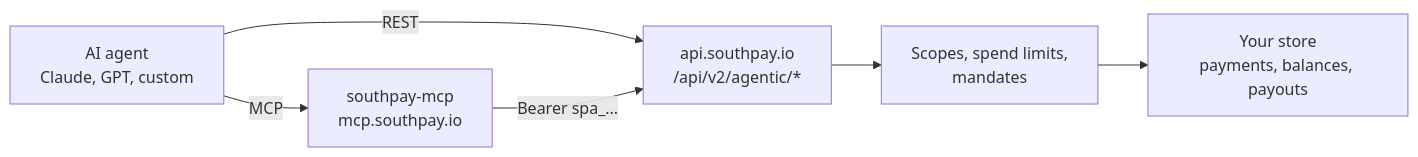
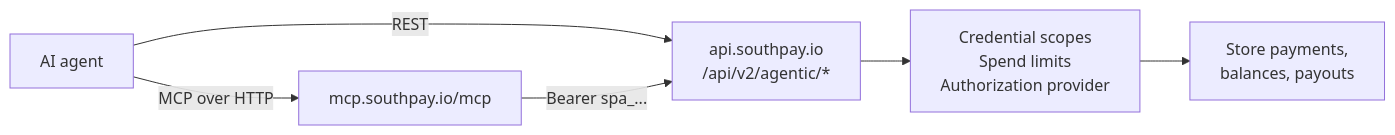
The diagram in agentic/index.mdx (southpay/docs), drawn with Mermaid before and after one commit. The commit also changed other lines of this file and 37 other files, not shown here.

````diff
--- a/agentic/index.mdx
+++ b/agentic/index.mdx
@@ -26,8 +34,8 @@
 ```mermaid
 flowchart LR
-  Agent[AI agent<br/>Claude, GPT, custom] -->|MCP| MCP[southpay-mcp<br/>mcp.southpay.io]
+  Agent[AI agent] -->|MCP over HTTP| MCP[mcp.southpay.io/mcp]
   Agent -->|REST| API[api.southpay.io<br/>/api/v2/agentic/*]
   MCP -->|Bearer spa_...| API
-  API --> Controls[Scopes, spend limits,<br/>mandates]
-  Controls --> Store[Your store<br/>payments, balances, payouts]
+  API --> Controls[Credential scopes<br/>Spend limits<br/>Authorization provider]
+  Controls --> Store[Store payments,<br/>balances, payouts]
 ```
````
